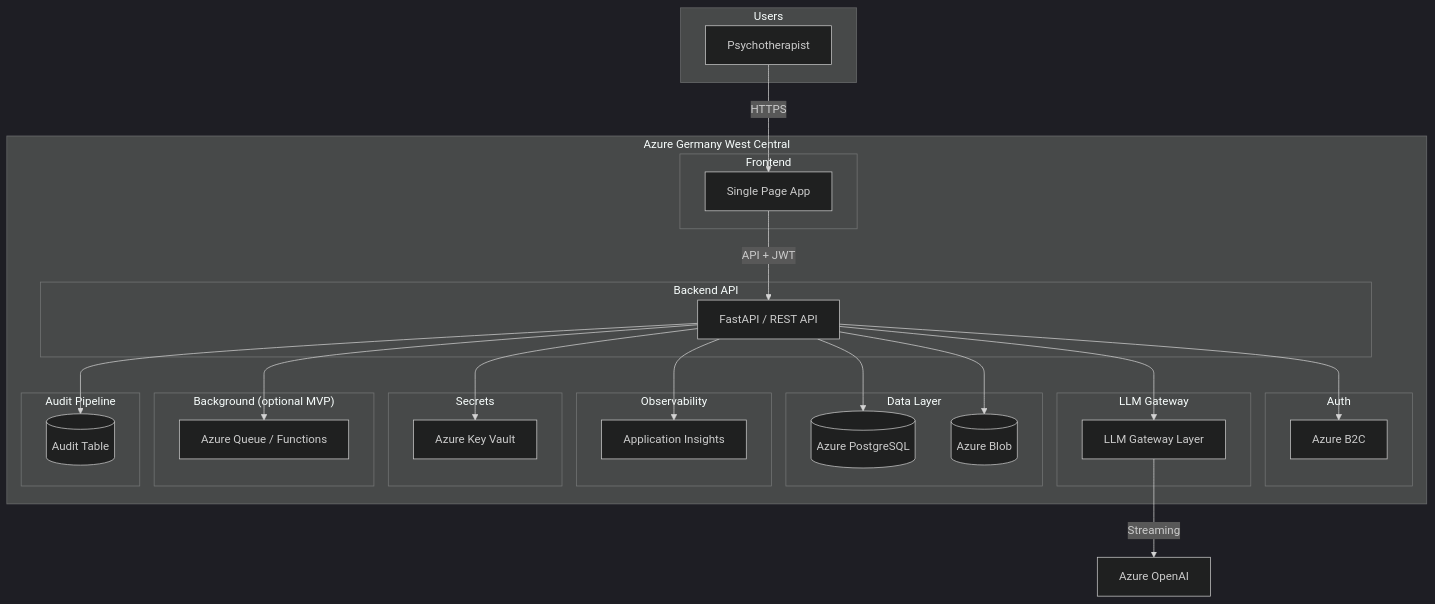
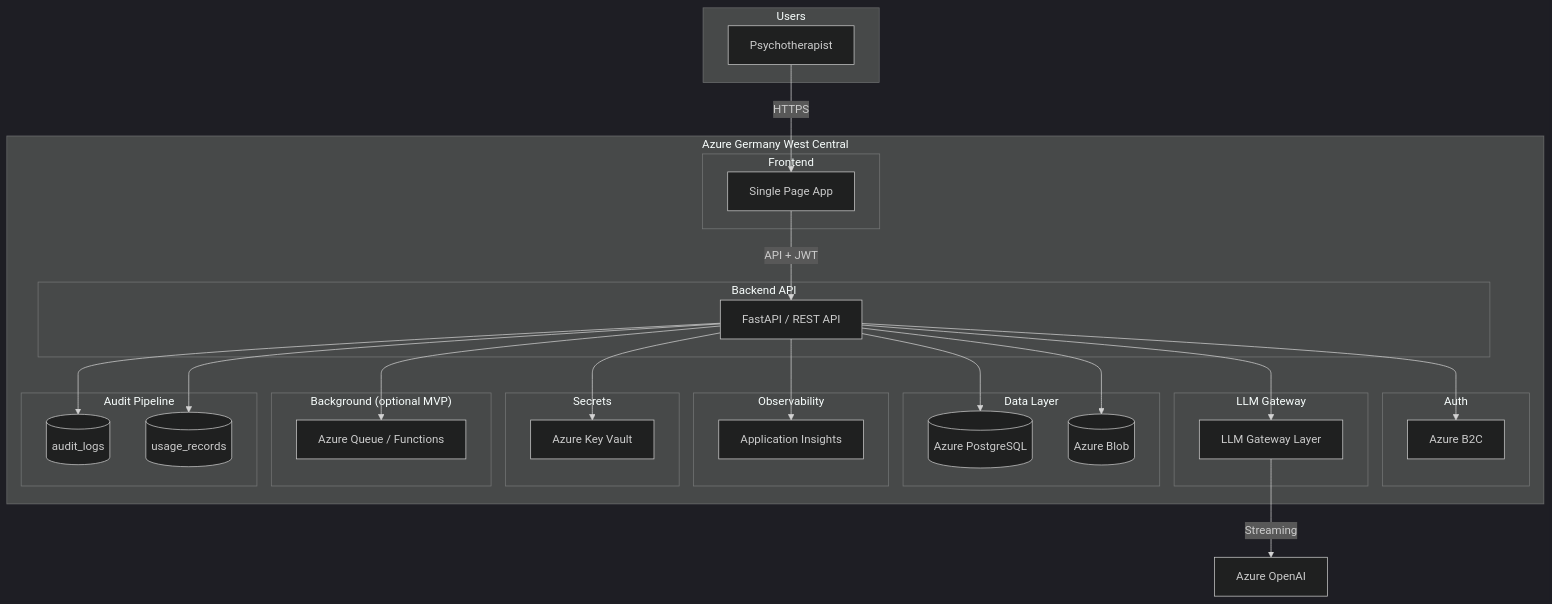
The diagram in docs/diagrams/architecture-high-level.mmd (DanielDeckertConsulting/MediCertAI), drawn with Mermaid (dark theme) before and after one commit. The commit also changed 67 other files, not shown here.

```diff
--- a/docs/diagrams/architecture-high-level.mmd
+++ b/docs/diagrams/architecture-high-level.mmd
@@ -1,55 +1,57 @@
 flowchart TB
     subgraph Users["Users"]
         Therapist[Psychotherapist]
     end
 
     subgraph Azure["Azure Germany West Central"]
         subgraph Frontend["Frontend"]
             SPA[Single Page App]
         end
 
         subgraph Backend["Backend API"]
             API[FastAPI / REST API]
         end
 
         subgraph Auth["Auth"]
             B2C[Azure B2C]
         end
 
         subgraph LLM["LLM Gateway"]
             GW[LLM Gateway Layer]
         end
 
         subgraph Data["Data Layer"]
             PG[(Azure PostgreSQL)]
             Blob[(Azure Blob)]
         end
 
         subgraph Observability["Observability"]
             AI[Application Insights]
         end
 
         subgraph Secrets["Secrets"]
             KV[Azure Key Vault]
         end
 
         subgraph Jobs["Background (optional MVP)"]
             Queue[Azure Queue / Functions]
         end
 
         subgraph Audit["Audit Pipeline"]
-            AuditLog[(Audit Table)]
+            AuditLogs[(audit_logs)]
+            UsageRecords[(usage_records)]
         end
     end
 
     Therapist -->|HTTPS| SPA
     SPA -->|API + JWT| API
     API --> B2C
     API --> GW
     GW -->|Streaming| AO[Azure OpenAI]
     API --> PG
     API --> Blob
-    API --> AuditLog
+    API --> AuditLogs
+    API --> UsageRecords
     API --> KV
     API --> Queue
     API --> AI
```
